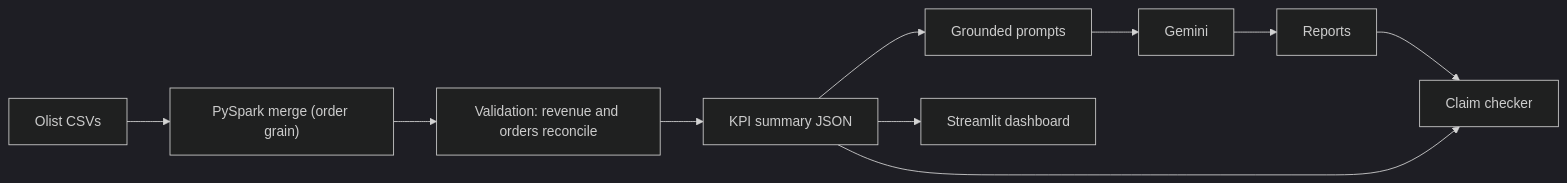
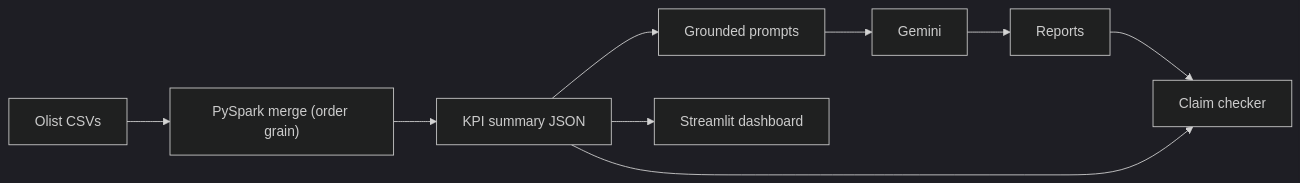
The diagram in README.md (mahee0802/LLM-Business-Insights), drawn with Mermaid (dark theme) before and after one commit. The commit also changed other lines of this file and 1 other file, not shown here.

Commit message:
Fix README diagram and typo; save requirements as UTF-8

````diff
--- a/README.md
+++ b/README.md
@@ -7,12 +7,11 @@
 ```mermaid
 flowchart LR
     A[Olist CSVs] --> B["PySpark merge (order grain)"]
-    B --> C["Validation: revenue and orders reconcile"]
-    C --> D[KPI summary JSON]
+    B --> D[KPI summary JSON]
     D --> E[Grounded prompts]
     E --> F[Gemini]
     F --> G[Reports]
     G --> H[Claim checker]
     D --> H
     D --> I[Streamlit dashboard]
 ```
````
